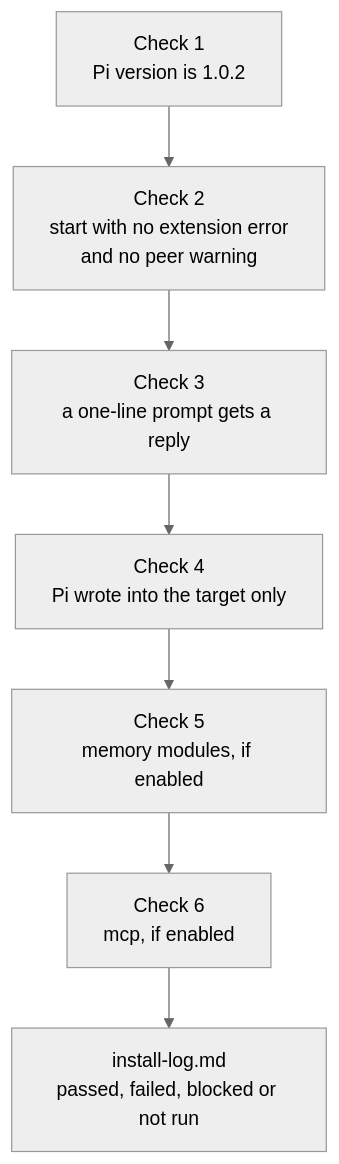
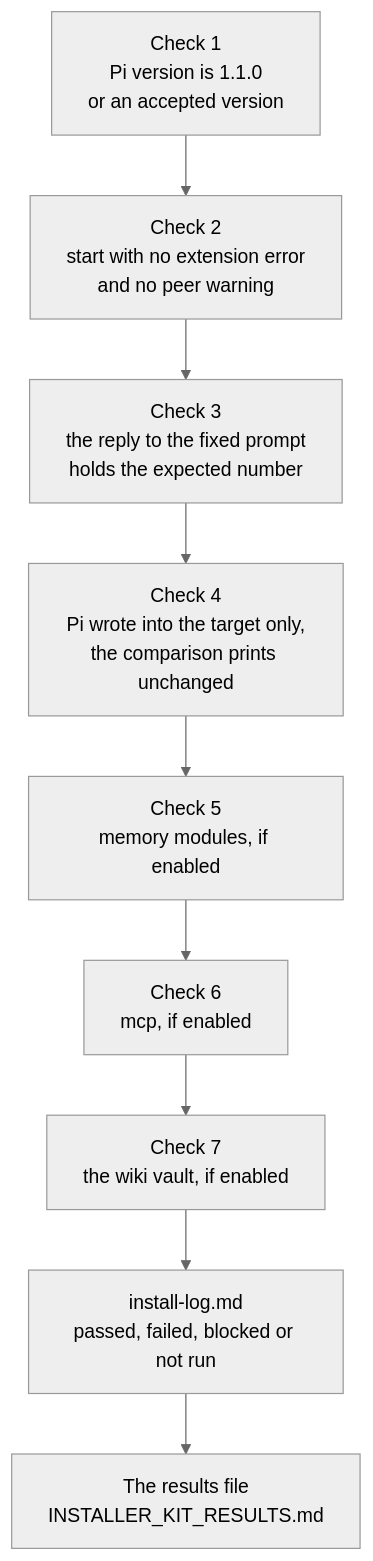
The diagram in src/content/docs/tenant-pi/install/stage-9-test.mdx (ryg40/tenant-docs), drawn with Mermaid (neutral theme) before and after one commit. The commit also changed other lines of this file and 195 other files, not shown here.

````diff
--- a/src/content/docs/tenant-pi/install/stage-9-test.mdx
+++ b/src/content/docs/tenant-pi/install/stage-9-test.mdx
@@ -25,9 +25,11 @@
 ```mermaid
 flowchart TD
-    c1["Check 1<br/>Pi version is 1.0.2"] --> c2["Check 2<br/>start with no extension error<br/>and no peer warning"]
-    c2 --> c3["Check 3<br/>a one-line prompt gets a reply"]
-    c3 --> c4["Check 4<br/>Pi wrote into the target only"]
+    c1["Check 1<br/>Pi version is 1.1.0<br/>or an accepted version"] --> c2["Check 2<br/>start with no extension error<br/>and no peer warning"]
+    c2 --> c3["Check 3<br/>the reply to the fixed prompt<br/>holds the expected number"]
+    c3 --> c4["Check 4<br/>Pi wrote into the target only,<br/>the comparison prints unchanged"]
     c4 --> c5["Check 5<br/>memory modules, if enabled"]
     c5 --> c6["Check 6<br/>mcp, if enabled"]
-    c6 --> log["install-log.md<br/>passed, failed, blocked or not run"]
+    c6 --> c7["Check 7<br/>the wiki vault, if enabled"]
+    c7 --> log["install-log.md<br/>passed, failed, blocked or not run"]
+    log --> results["The results file<br/>INSTALLER_KIT_RESULTS.md"]
 ```
````
